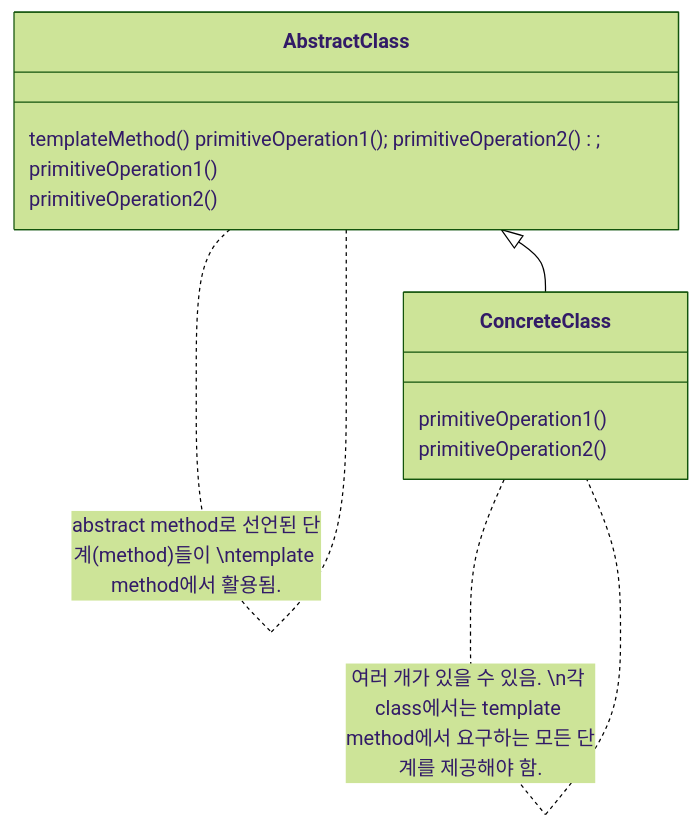
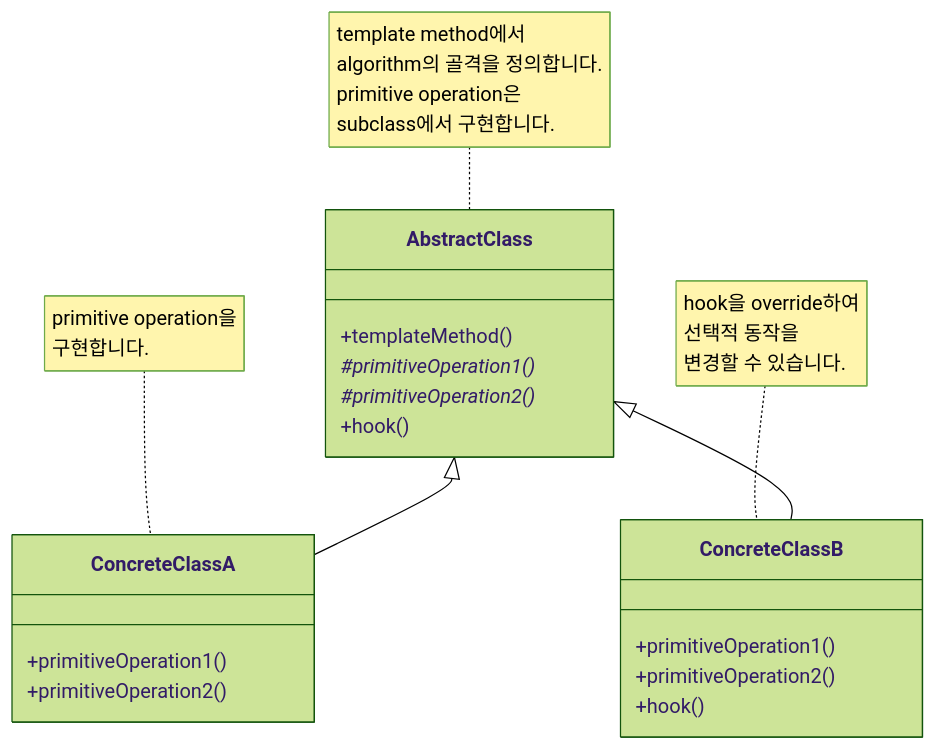
Before and after one commit to choesimin/choesimin.github.io: the first of 2 diagrams in collections/_notes/software-design/design-pattern/template-method-pattern.md, drawn with Mermaid (forest theme). The commit also changed other lines of this file and 2 other files, not shown here.

````diff
--- a/collections/_notes/software-design/design-pattern/template-method-pattern.md
+++ b/collections/_notes/software-design/design-pattern/template-method-pattern.md
@@ -54,19 +118,28 @@
 ```mermaid
 classDiagram
 
 class AbstractClass {
-    templateMethod() primitiveOperation1(); primitiveOperation2();
-    primitiveOperation1()
-    primitiveOperation2()
+    +templateMethod()
+    #primitiveOperation1()*
+    #primitiveOperation2()*
+    +hook()
 }
 
-class ConcreteClass {
-    primitiveOperation1()
-    primitiveOperation2()
+class ConcreteClassA {
+    +primitiveOperation1()
+    +primitiveOperation2()
 }
 
-AbstractClass <|-- ConcreteClass
+class ConcreteClassB {
+    +primitiveOperation1()
+    +primitiveOperation2()
+    +hook()
+}
 
-AbstractClass .. AbstractClass : abstract method로 선언된 단계(method)들이 \ntemplate method에서 활용됨.
-ConcreteClass .. ConcreteClass : 여러 개가 있을 수 있음. \n각 class에서는 template method에서 요구하는 모든 단계를 제공해야 함.
+AbstractClass <|-- ConcreteClassA
+AbstractClass <|-- ConcreteClassB
+
+note for AbstractClass "template method에서<br>algorithm의 골격을 정의합니다.<br>primitive operation은<br>subclass에서 구현합니다."
+note for ConcreteClassA "primitive operation을<br>구현합니다."
+note for ConcreteClassB "hook을 override하여<br>선택적 동작을<br>변경할 수 있습니다."
 ```
````
